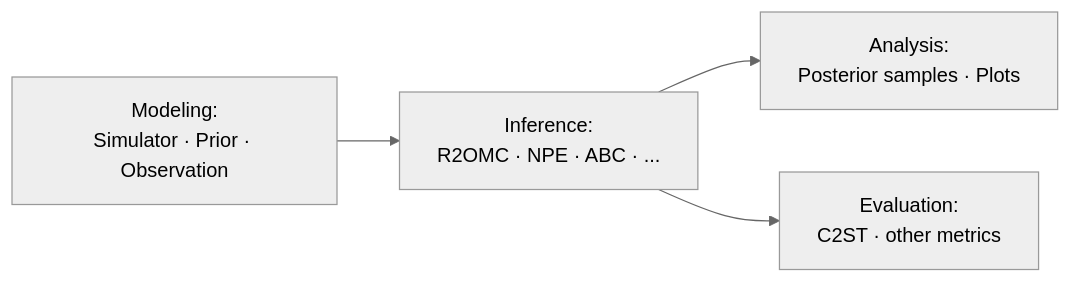
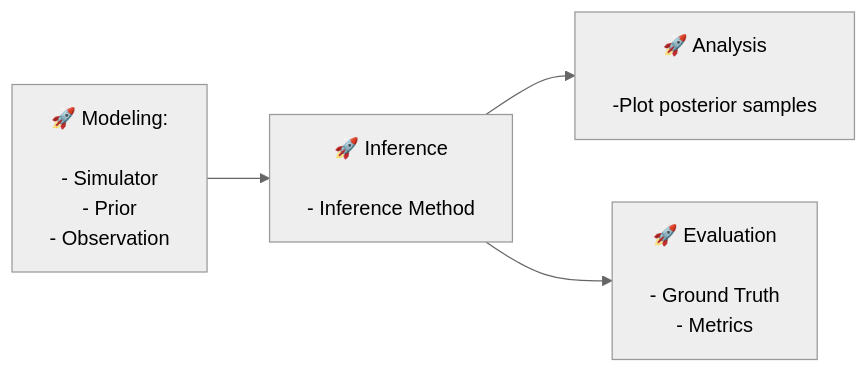
Before and after one commit to givasile/lfi: the diagram in README.md, drawn with Mermaid (neutral theme).

````diff
--- a/README.md
+++ b/README.md
@@ -9,6 +9,6 @@
-```mermaid
-graph LR;
-    A[Modeling:<br>Simulator · Prior · Observation] --> B[Inference:<br>R2OMC · NPE · ABC · ...];
-    B --> C[Analysis:<br>Posterior samples · Plots];
-    B --> D[Evaluation:<br>C2ST · other metrics];
+```mermaid 
+graph LR; 
+    A[🚀 Modeling:<br><br>- Simulator<br>- Prior<br>- Observation] --> B[🚀 Inference<br><br>- Inference Method];
+    B --> C[🚀 Analysis<br><br> -Plot posterior samples];
+    B --> D[🚀 Evaluation<br><br>- Ground Truth<br>- Metrics];
 ```
````
